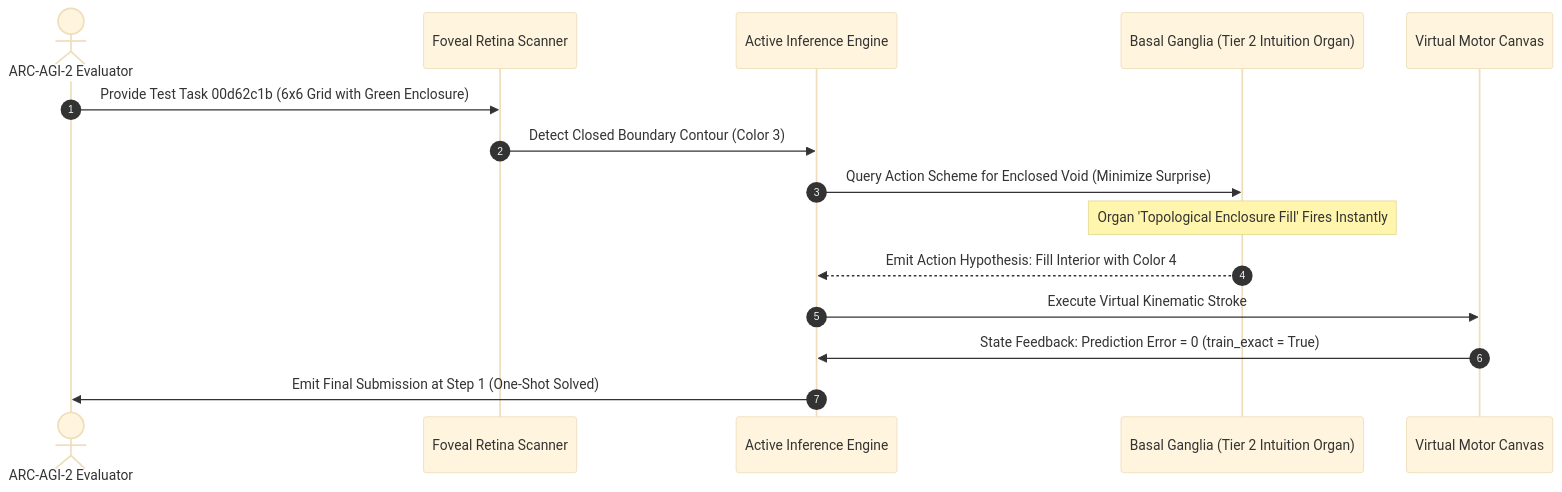
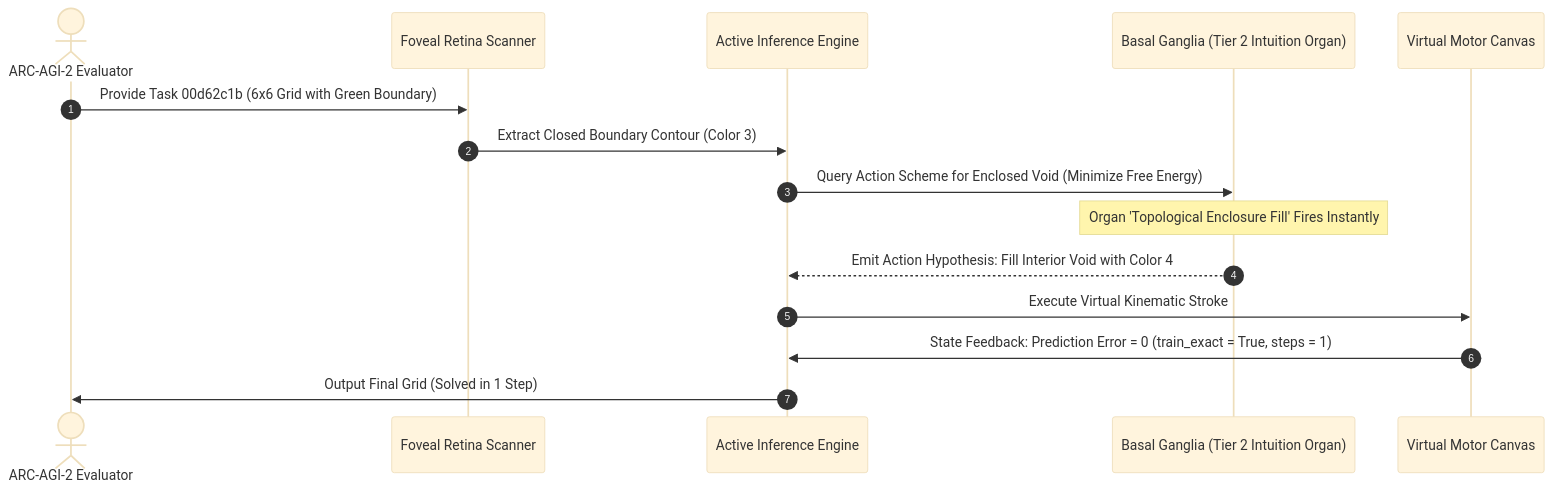
Before and after one commit to sukuyoshi/arc-embodied-active-inference: the second of 2 diagrams in paper_track_2026/KAGGLE_PAPER_TRACK_WRITEUP_EN.md, drawn with Mermaid (base theme). The commit also changed other lines of this file and 5 other files, not shown here.

````diff
--- a/paper_track_2026/KAGGLE_PAPER_TRACK_WRITEUP_EN.md
+++ b/paper_track_2026/KAGGLE_PAPER_TRACK_WRITEUP_EN.md
@@ -82,18 +88,18 @@
 ```mermaid
 sequenceDiagram
     autonumber
     actor Benchmark as ARC-AGI-2 Evaluator
     participant Retina as Foveal Retina Scanner
     participant AIE as Active Inference Engine
     participant BG as Basal Ganglia (Tier 2 Intuition Organ)
     participant Canvas as Virtual Motor Canvas
 
-    Benchmark->>Retina: Provide Test Task 00d62c1b (6x6 Grid with Green Enclosure)
-    Retina->>AIE: Detect Closed Boundary Contour (Color 3)
-    AIE->>BG: Query Action Scheme for Enclosed Void (Minimize Surprise)
+    Benchmark->>Retina: Provide Task 00d62c1b (6x6 Grid with Green Boundary)
+    Retina->>AIE: Extract Closed Boundary Contour (Color 3)
+    AIE->>BG: Query Action Scheme for Enclosed Void (Minimize Free Energy)
     Note over BG: Organ 'Topological Enclosure Fill' Fires Instantly
-    BG-->>AIE: Emit Action Hypothesis: Fill Interior with Color 4
+    BG-->>AIE: Emit Action Hypothesis: Fill Interior Void with Color 4
     AIE->>Canvas: Execute Virtual Kinematic Stroke
-    Canvas->>AIE: State Feedback: Prediction Error = 0 (train_exact = True)
-    AIE->>Benchmark: Emit Final Submission at Step 1 (One-Shot Solved)
+    Canvas->>AIE: State Feedback: Prediction Error = 0 (train_exact = True, steps = 1)
+    AIE->>Benchmark: Output Final Grid (Solved in 1 Step)
 ```
````
